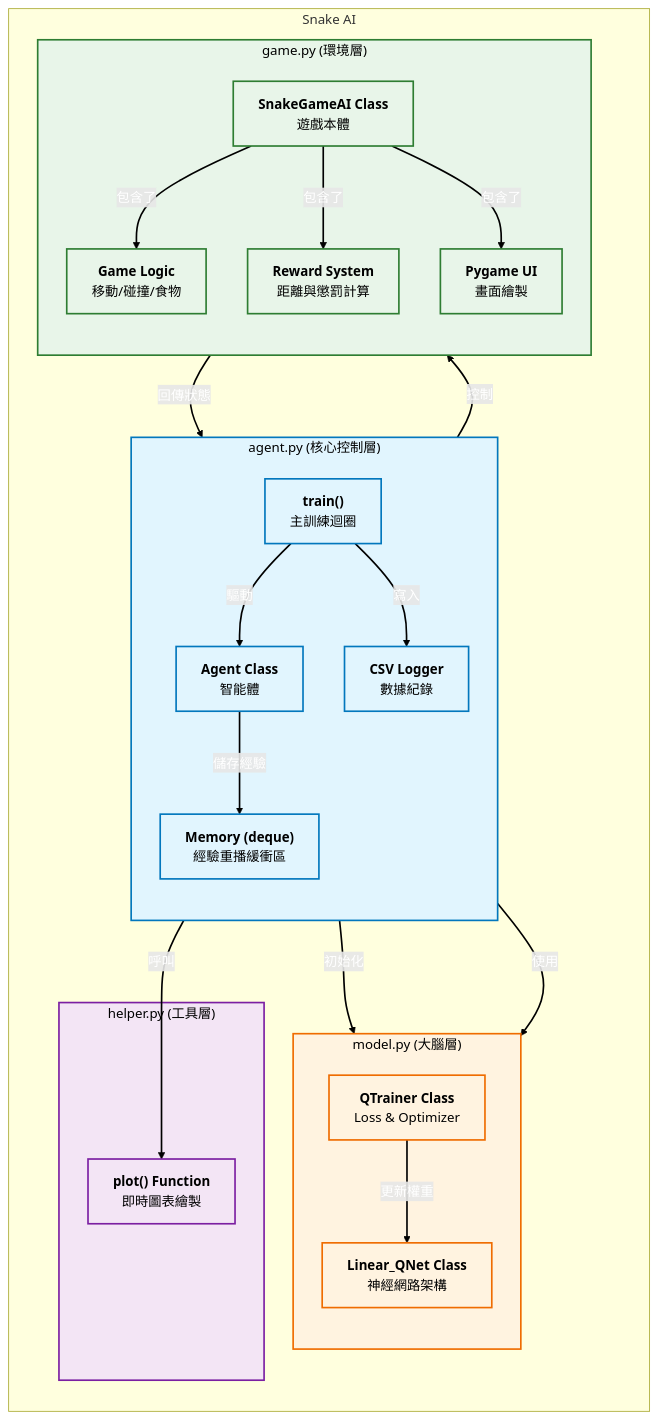
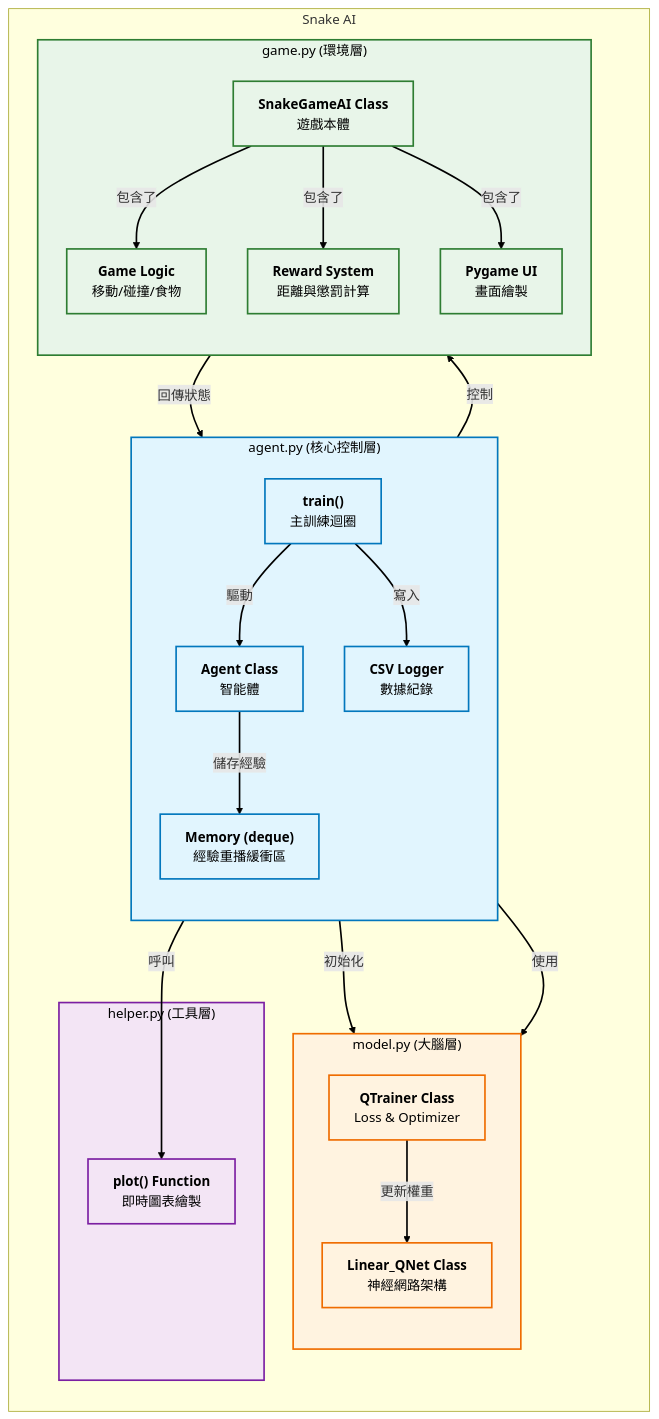
Before and after one commit to CCH147/ML_final_project: the diagram in README.md, drawn with Mermaid.

````diff
--- a/README.md
+++ b/README.md
@@ -17,71 +17,71 @@
 ```mermaid
 graph TD
     %% 定義樣式 (節點樣式)
     classDef file fill:#f9f9f9,stroke:#333,stroke-width:2px,color:#000;
     classDef core fill:#e1f5fe,stroke:#0277bd,stroke-width:2px,color:#000;
     classDef game fill:#e8f5e9,stroke:#2e7d32,stroke-width:2px,color:#000;
     classDef model fill:#fff3e0,stroke:#ef6c00,stroke-width:2px,color:#000;
     classDef util fill:#f3e5f5,stroke:#7b1fa2,stroke-width:2px,color:#000;
 
     subgraph Project ["Snake AI"]
         direction TB
         
         %% Agent 模組
         subgraph AgentFile ["agent.py (核心控制層)"]
             direction TB
             Agent["<b>Agent Class</b><br/>智能體"]
             Mem["<b>Memory (deque)</b><br/>經驗重播緩衝區"]
             MainLoop["<b>train()</b><br/>主訓練迴圈"]
             CSVLog["<b>CSV Logger</b><br/>數據紀錄"]
         end
         
         %% Game 模組
         subgraph GameFile ["game.py (環境層)"]
             direction TB
             Game["<b>SnakeGameAI Class</b><br/>遊戲本體"]
             UI["<b>Pygame UI</b><br/>畫面繪製"]
             Logic["<b>Game Logic</b><br/>移動/碰撞/食物"]
             Reward["<b>Reward System</b><br/>距離與懲罰計算"]
         end
 
         %% Model 模組
         subgraph ModelFile ["model.py (大腦層)"]
             direction TB
             QNet["<b>Linear_QNet Class</b><br/>神經網路架構"]
             Trainer["<b>QTrainer Class</b><br/>Loss & Optimizer"]
         end
 
         %% Helper 模組
         subgraph HelperFile ["helper.py (工具層)"]
             Plot["<b>plot() Function</b><br/>即時圖表繪製"]
         end
     end
 
     %% 關係連線 (重點修復：所有標籤都加上雙引號)
     Agent -->|"控制 "| Game
     Agent -->|"初始化 "| QNet
     Agent -->|"使用 "| Trainer
     Agent -->|"儲存經驗 "| Mem
     Agent -->|"呼叫 "| Plot
     
     MainLoop -->|"驅動 "| Agent
     MainLoop -->|"寫入 "| CSVLog
     
     Game -->|"回傳狀態 "| Agent
     Game -->|"包含了 "| Logic
     Game -->|"包含了 "| Reward
     Game -->|"包含了 "| UI
     
     Trainer -->|"更新權重 "| QNet
     
     %% 套用樣式 (節點分類)
     class AgentFile,Agent,Mem,MainLoop,CSVLog core;
     class GameFile,Game,UI,Logic,Reward game;
     class ModelFile,QNet,Trainer model;
     class HelperFile,Plot util;
 
     %% stroke: 線條顏色 (設為純黑 #000000)
     %% stroke-width: 線條粗細 (設為 2px，加粗才看得清楚)
     %% color: 文字標籤顏色 (設為純黑)
-    linkStyle default stroke:#000000,stroke-width:2px,color:white;
+    linkStyle default stroke:#000000,stroke-width:2px,color:dark;
 ```
````
